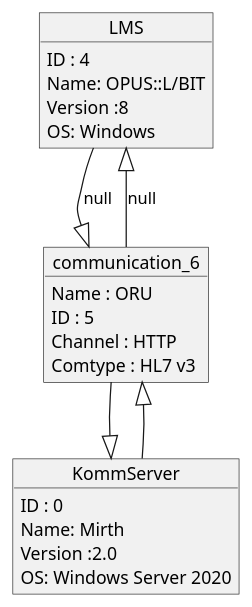
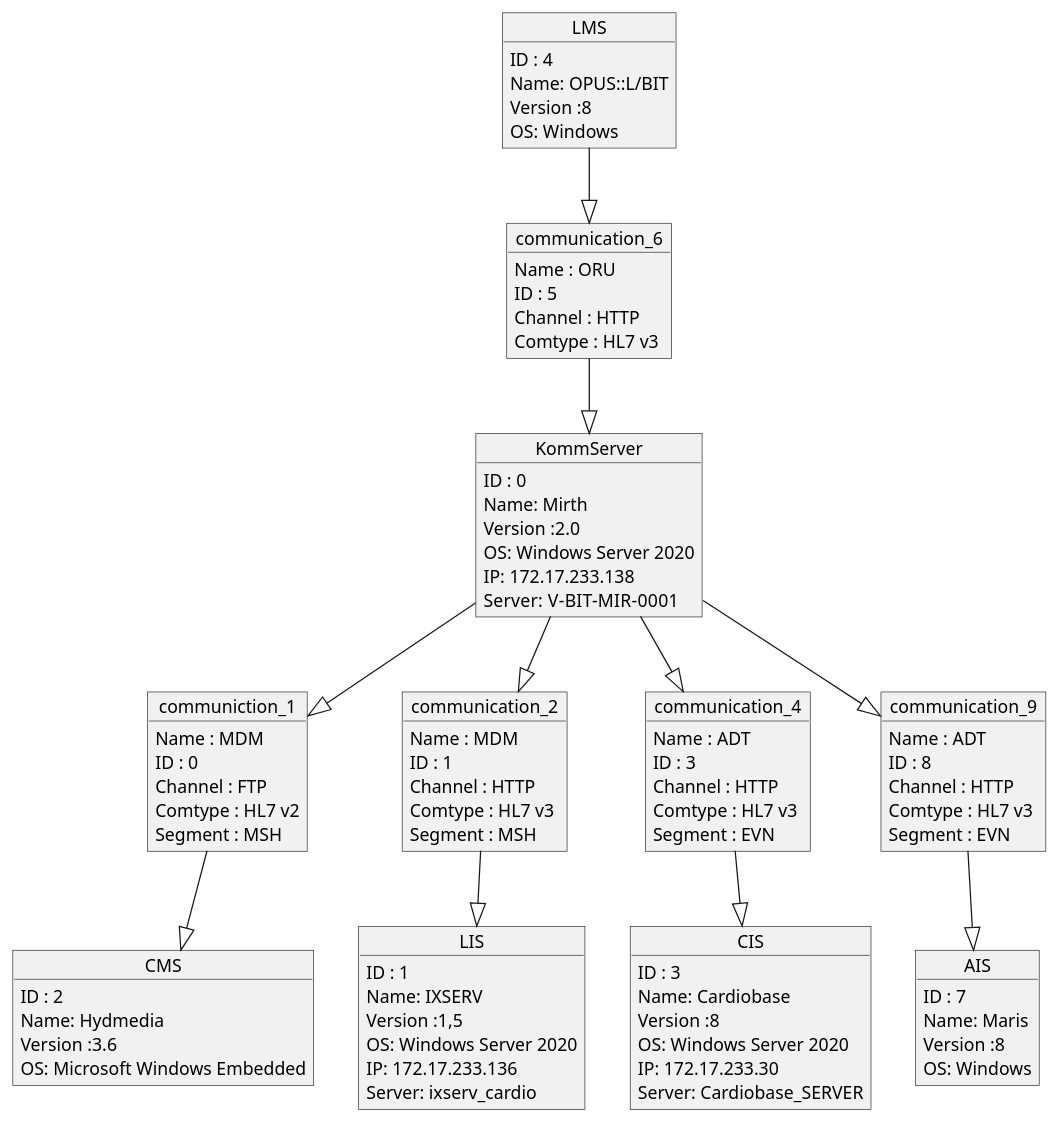
The diagram in static/puml/LMS.puml (VirtualReality1/topologieSpringBoot), drawn with PlantUML before and after one commit. The commit also changed 15 other files, not shown here.

```diff
--- a/static/puml/LMS.puml
+++ b/static/puml/LMS.puml
@@ -1,21 +1,77 @@
 @startuml
 object LMS
 object KommServer
 KommServer : ID : 0
 KommServer : Name: Mirth
 KommServer : Version :2.0
 KommServer : OS: Windows Server 2020
+KommServer : IP: 172.17.233.138
+KommServer : Server:  V-BIT-MIR-0001
+object CMS
+CMS : ID : 2
+CMS : Name: Hydmedia
+CMS : Version :3.6
+CMS : OS: Microsoft Windows Embedded
 object communication_6
 communication_6 : Name : ORU
 communication_6 : ID : 5
 communication_6 : Channel : HTTP
 communication_6 : Comtype : HL7 v3
-LMS --|> communication_6:null
+object communiction_1
+communiction_1 : Name : MDM
+communiction_1 : ID : 0
+communiction_1 : Channel : FTP
+communiction_1 : Comtype : HL7 v2
+KommServer --|> communiction_1
+communiction_1 --|> CMS
+communiction_1 : Segment : MSH
+object LIS
+LIS : ID : 1
+LIS : Name: IXSERV
+LIS : Version :1,5
+LIS : OS: Windows Server 2020
+LIS : IP: 172.17.233.136
+LIS : Server: ixserv_cardio
+object communication_2
+communication_2 : Name : MDM
+communication_2 : ID : 1
+communication_2 : Channel : HTTP
+communication_2 : Comtype : HL7 v3
+KommServer --|> communication_2
+communication_2 --|> LIS
+communication_2 : Segment : MSH
+object CIS
+CIS : ID : 3
+CIS : Name: Cardiobase
+CIS : Version :8
+CIS : OS: Windows Server 2020
+CIS : IP: 172.17.233.30
+CIS : Server: Cardiobase_SERVER
+object communication_4
+communication_4 : Name : ADT
+communication_4 : ID : 3
+communication_4 : Channel : HTTP
+communication_4 : Comtype : HL7 v3
+KommServer --|> communication_4
+communication_4 --|> CIS
+communication_4 : Segment : EVN
+object AIS
+AIS : ID : 7
+AIS : Name: Maris
+AIS : Version :8
+AIS : OS: Windows
+object communication_9
+communication_9 : Name : ADT
+communication_9 : ID : 8
+communication_9 : Channel : HTTP
+communication_9 : Comtype : HL7 v3
+KommServer --|> communication_9
+communication_9 --|> AIS
+communication_9 : Segment : EVN
+LMS --|> communication_6
 communication_6 --|> KommServer
-LMS <|-- communication_6:null
-communication_6 <|-- KommServer
 LMS : ID : 4
 LMS : Name: OPUS::L/BIT
 LMS : Version :8
 LMS : OS: Windows
 @enduml
```
